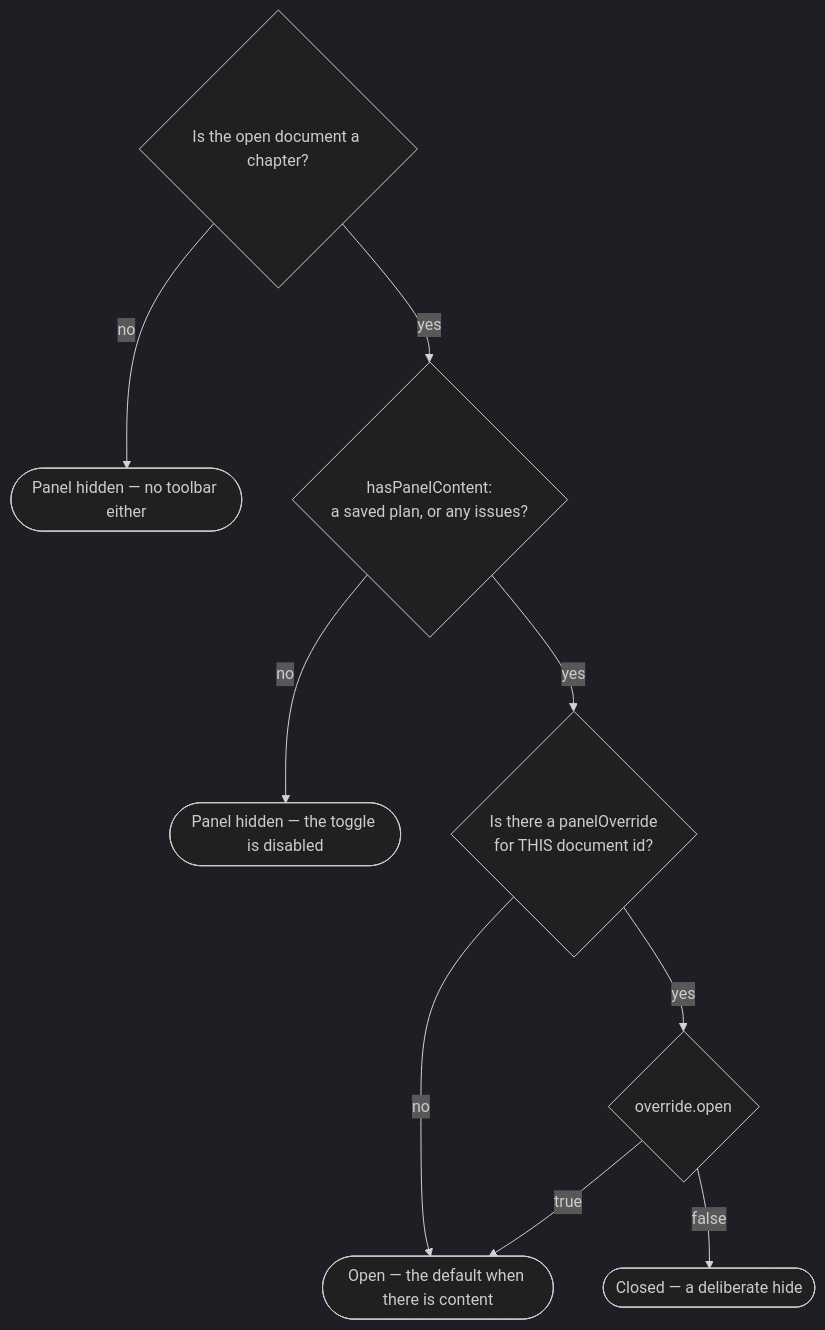
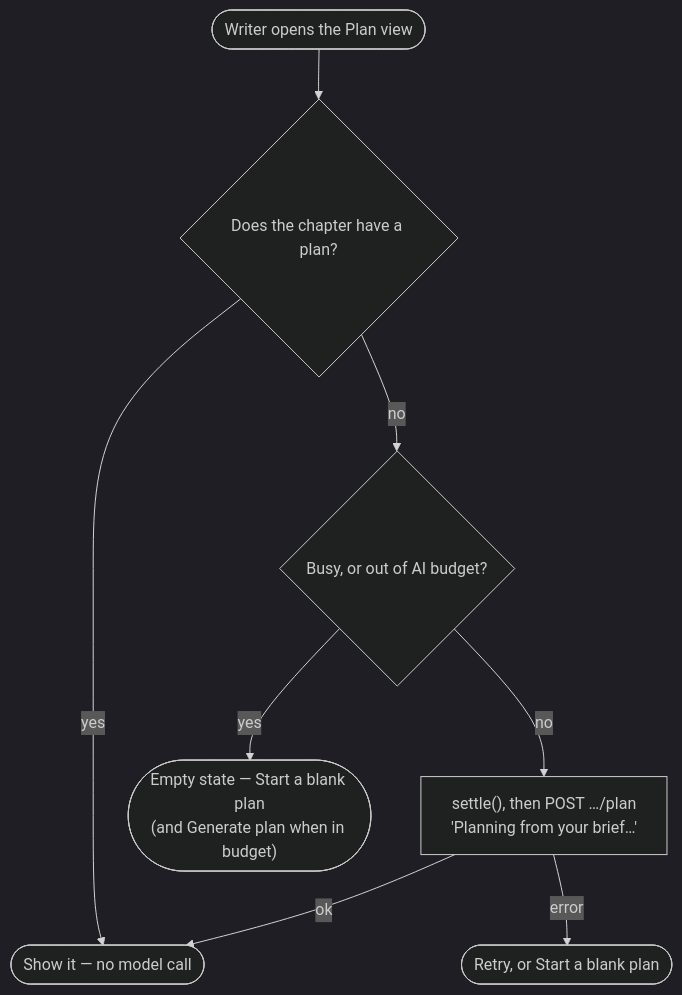
Before and after one commit to Akazz-L/maya: the sixth of 6 diagrams in docs/diagrams/05-frontend-flows.md, drawn with Mermaid (dark theme). The commit also changed other lines of this file and 13 other files, not shown here.

First line of the commit message:
feat: replace the plan panel with Write / Plan / Issues chapter views

````diff
--- a/docs/diagrams/05-frontend-flows.md
+++ b/docs/diagrams/05-frontend-flows.md
@@ -209,11 +215,10 @@
 ```mermaid
 flowchart TD
-    A{"Is the open document a chapter?"} -->|no| HIDE(["Panel hidden — no toolbar either"])
-    A -->|yes| B{"hasPanelContent:<br/>a saved plan, or any issues?"}
-    B -->|no| HIDE2(["Panel hidden — the toggle is disabled"])
-    B -->|yes| C{"Is there a panelOverride<br/>for THIS document id?"}
-    C -->|no| OPEN(["Open — the default when there is content"])
-    C -->|yes| D{"override.open"}
-    D -->|true| OPEN
-    D -->|false| CLOSED(["Closed — a deliberate hide"])
+    OPEN(["Writer opens the Plan view"]) --> A{"Does the chapter have a plan?"}
+    A -->|yes| SHOW(["Show it — no model call"])
+    A -->|no| B{"Busy, or out of AI budget?"}
+    B -->|no| GEN["settle(), then POST …/plan<br/>'Planning from your brief…'"]
+    B -->|yes| EMPTY(["Empty state — Start a blank plan<br/>(and Generate plan when in budget)"])
+    GEN -->|ok| SHOW
+    GEN -->|error| FAIL(["Retry, or Start a blank plan"])
 ```
````
